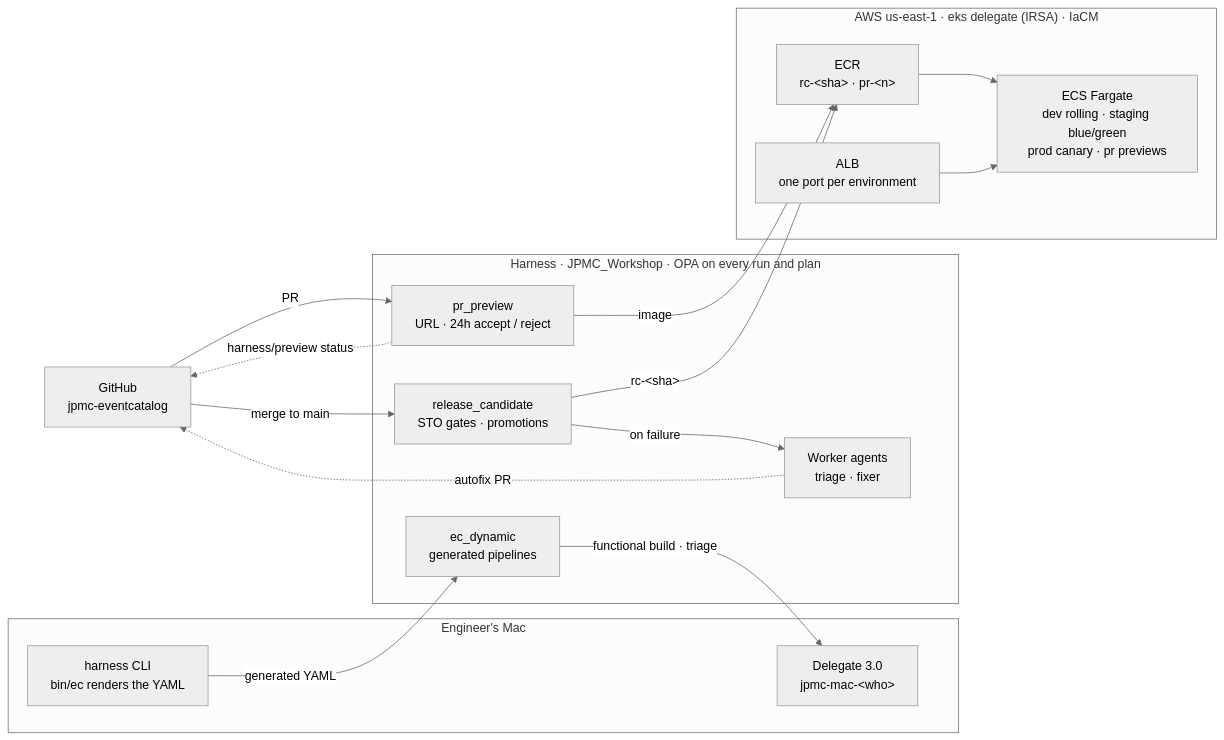
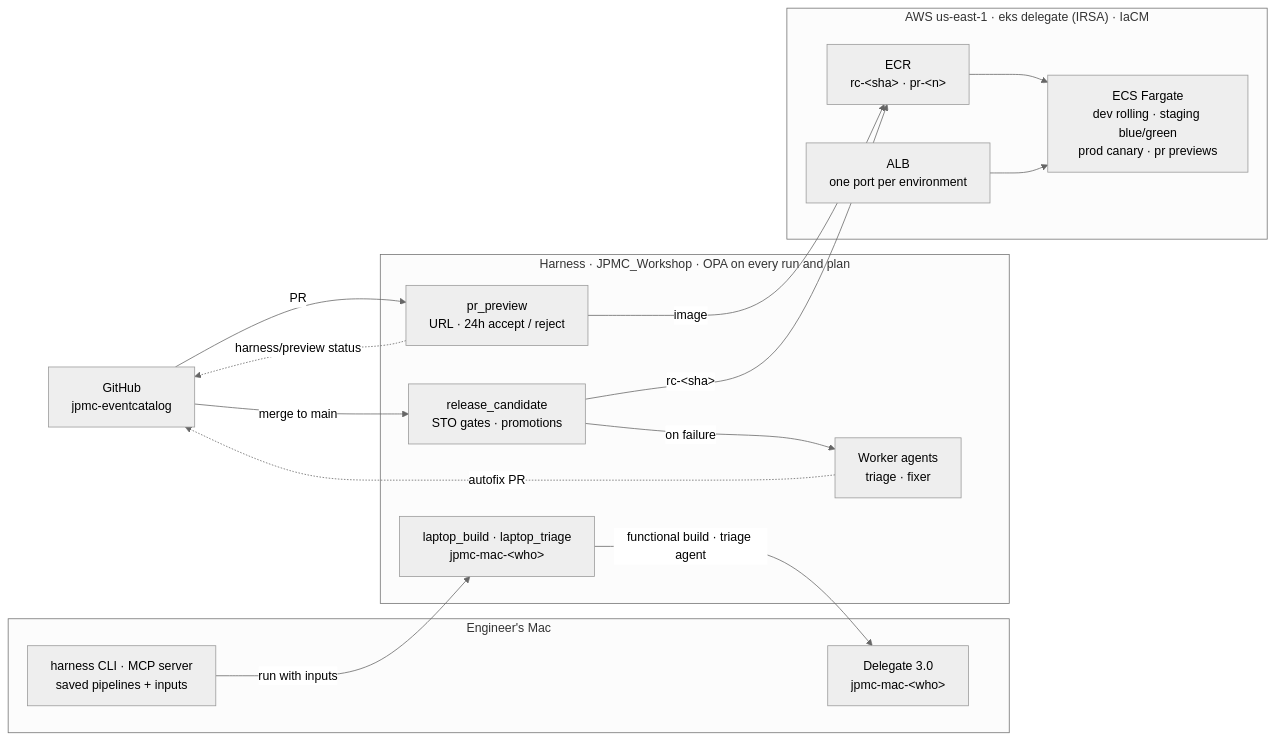
Before and after one commit to mansong1/jpmc-eventcatalog: the diagram in examples/default/docs/delivery/01-delivery-architecture.mdx, drawn with Mermaid (neutral theme). The commit also changed other lines of this file and 6 other files, not shown here.

First line of the commit message:
docs(delivery): harness CLI + MCP on saved pipelines; one deploy_ecs

````diff
--- a/examples/default/docs/delivery/01-delivery-architecture.mdx
+++ b/examples/default/docs/delivery/01-delivery-architecture.mdx
@@ -20,31 +20,31 @@
 ```mermaid
 flowchart LR
   subgraph laptop["Engineer's Mac"]
-    cli["harness CLI<br/>bin/ec renders the YAML"]
+    cli["harness CLI · MCP server<br/>saved pipelines + inputs"]
     d3["Delegate 3.0<br/>jpmc-mac-&lt;who&gt;"]
   end
   repo["GitHub<br/>jpmc-eventcatalog"]
   subgraph harness["Harness · JPMC_Workshop · OPA on every run and plan"]
-    dyn["ec_dynamic<br/>generated pipelines"]
+    lap["laptop_build · laptop_triage<br/>jpmc-mac-&lt;who&gt;"]
     pv["pr_preview<br/>URL · 24h accept / reject"]
     rc["release_candidate<br/>STO gates · promotions"]
     agents["Worker agents<br/>triage · fixer"]
   end
   subgraph aws["AWS us-east-1 · eks delegate (IRSA) · IaCM"]
     ecr["ECR<br/>rc-&lt;sha&gt; · pr-&lt;n&gt;"]
     ecs["ECS Fargate<br/>dev rolling · staging blue/green<br/>prod canary · pr previews"]
     alb["ALB<br/>one port per environment"]
   end
 
-  cli -->|generated YAML| dyn
-  dyn -->|functional build · triage| d3
+  cli -->|run with inputs| lap
+  lap -->|functional build · triage agent| d3
   repo -->|PR| pv
   repo -->|merge to main| rc
   rc -->|on failure| agents
   pv -->|image| ecr
   rc -->|rc-&lt;sha&gt;| ecr
   ecr --> ecs
   alb --> ecs
   pv -.->|harness/preview status| repo
   agents -.->|autofix PR| repo
 ```
````
